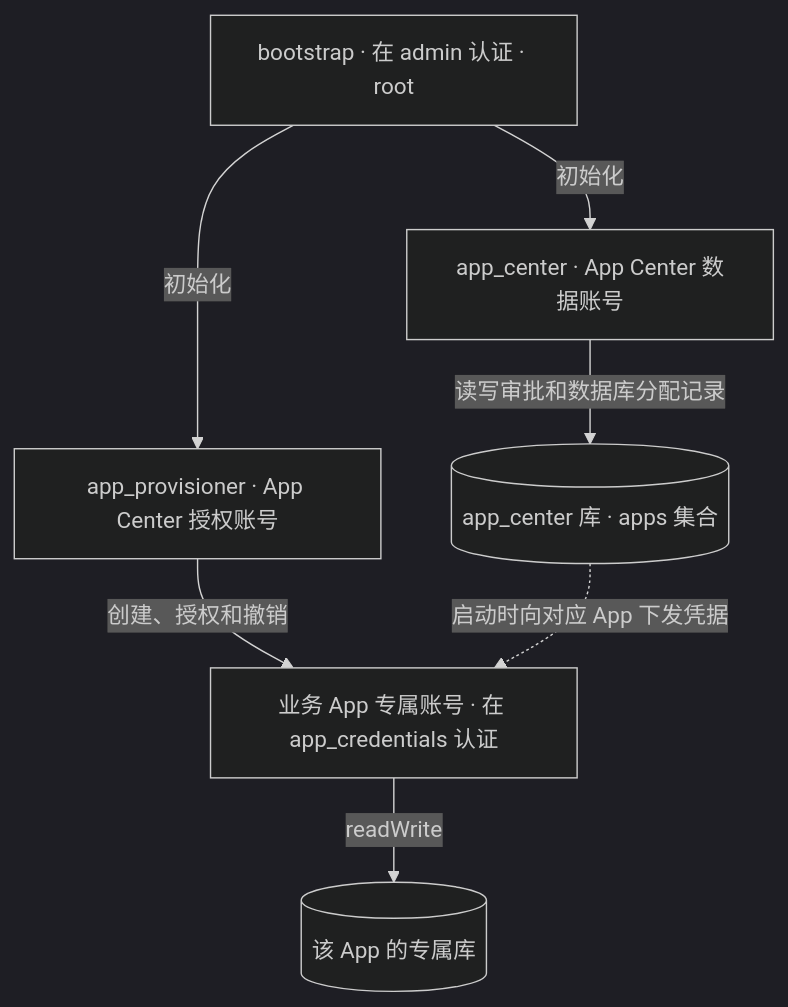
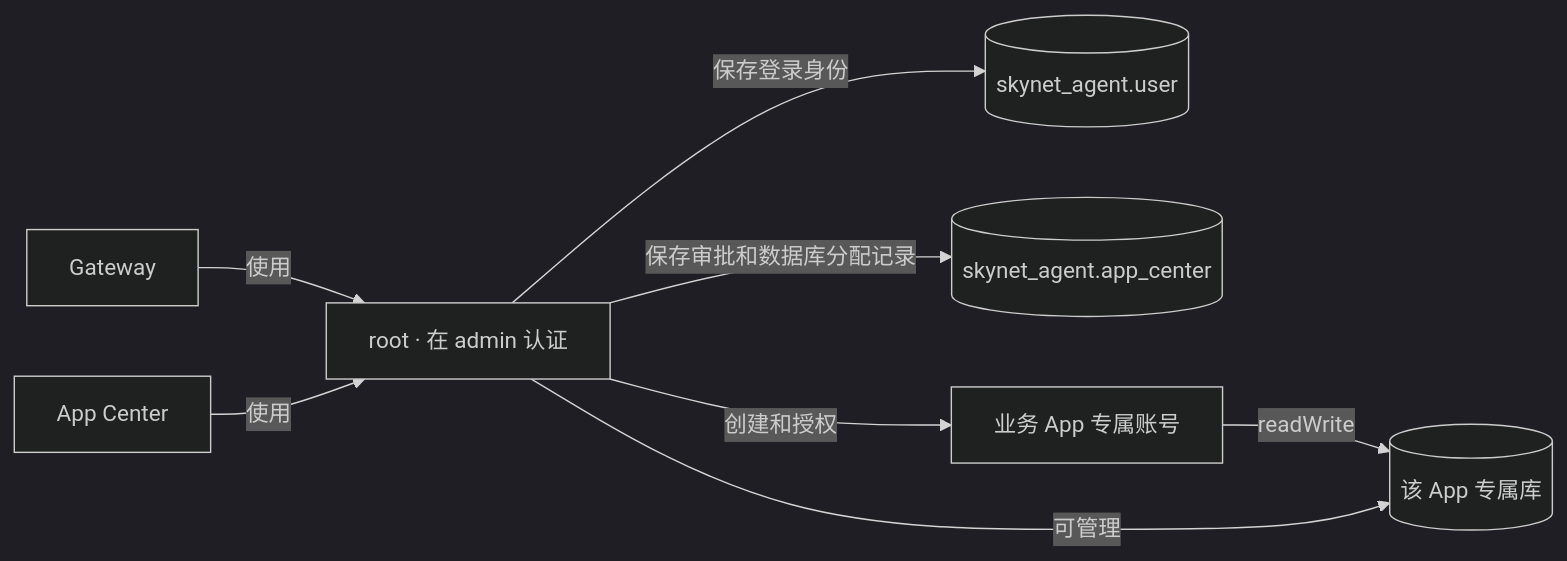
Before and after one commit to dingdalong/skynet_agent: the diagram in docs/CONFIGURATION.md, drawn with Mermaid (dark theme). The commit also changed other lines of this file and 31 other files, not shown here.

Commit message:
gateway、app center使用root帐号访问skynet_agent数据库

````diff
--- a/docs/CONFIGURATION.md
+++ b/docs/CONFIGURATION.md
@@ -65,15 +63,10 @@
 ```mermaid
-flowchart TD
-    root["bootstrap · 在 admin 认证 · root"]
-    center["app_center · App Center 数据账号"]
-    provision["app_provisioner · App Center 授权账号"]
-    catalog[("app_center 库 · apps 集合")]
-    app["业务 App 专属账号 · 在 app_credentials 认证"]
-    data[("该 App 的专属库")]
-    root -->|初始化| center
-    root -->|初始化| provision
-    center -->|读写审批和数据库分配记录| catalog
-    provision -->|创建、授权和撤销| app
-    catalog -.->|启动时向对应 App 下发凭据| app
-    app -->|readWrite| data
+flowchart LR
+    gateway["Gateway"] -->|使用| root["root · 在 admin 认证"]
+    center["App Center"] -->|使用| root
+    root -->|保存登录身份| users[("skynet_agent.user")]
+    root -->|保存审批和数据库分配记录| apps[("skynet_agent.app_center")]
+    root -->|创建和授权| account["业务 App 专属账号"]
+    account -->|readWrite| data[("该 App 专属库")]
+    root -->|可管理| data
 ```
````
